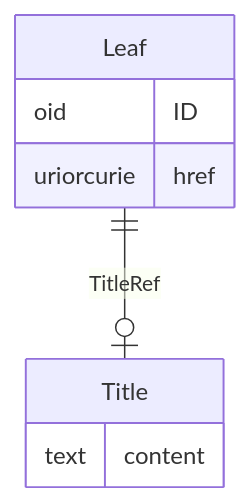
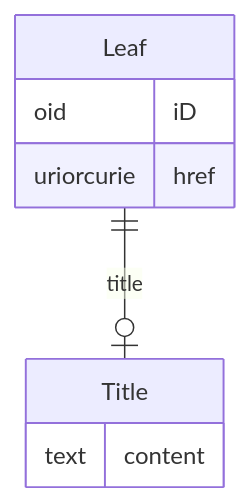
Before and after one commit to cdisc-org/DataExchange-ODM-LinkML: the diagram in docs/Leaf.md, drawn with Mermaid. The commit also changed other lines of this file and 759 other files, not shown here.

````diff
--- a/docs/Leaf.md
+++ b/docs/Leaf.md
@@ -11,13 +11,13 @@
 ```mermaid
 erDiagram
 Leaf {
-    oid ID  
+    oid iD  
     uriorcurie href  
 }
 Title {
     text content  
 }
 
-Leaf ||--|o Title : "TitleRef"
+Leaf ||--|o Title : "title"
 
 ```
````
